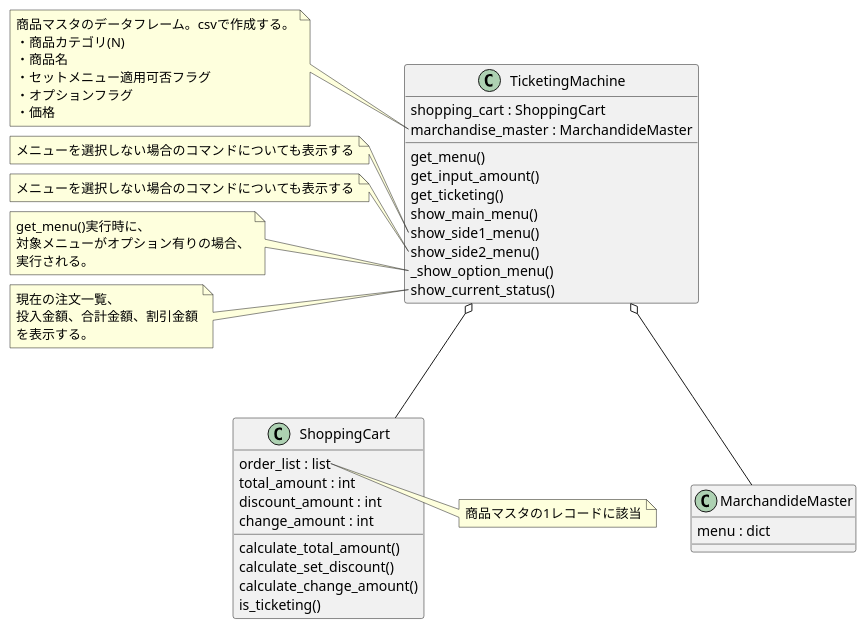
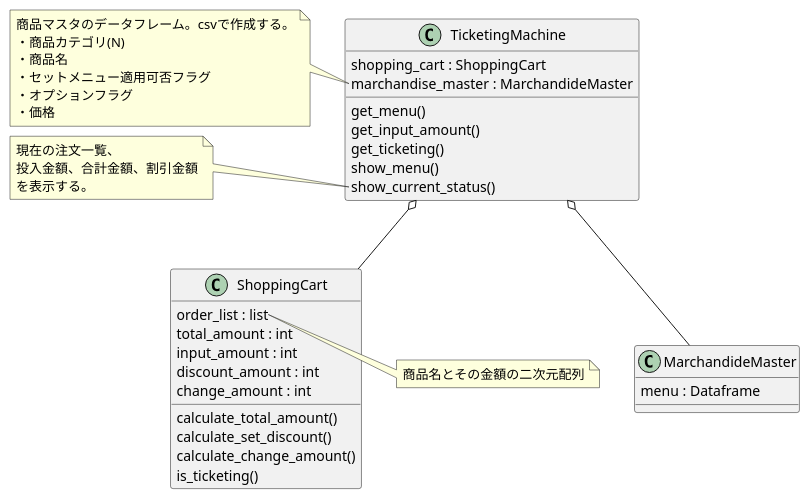
The first of 2 diagrams in AP_H31_Spring_PM03/Suzuki/try1/ticket_machine.md (Design-Practice-Team/design), drawn with PlantUML before and after one commit. The commit also changed other lines of this file and 4 other files, not shown here.

````diff
--- a/AP_H31_Spring_PM03/Suzuki/try1/ticket_machine.md
+++ b/AP_H31_Spring_PM03/Suzuki/try1/ticket_machine.md
@@ -18,68 +18,52 @@
 ```plantuml
 @startuml
 TicketingMachine o-- ShoppingCart
 TicketingMachine o-- MarchandideMaster
 
 class TicketingMachine {
     shopping_cart : ShoppingCart
     marchandise_master : MarchandideMaster
     get_menu()
     get_input_amount()
     get_ticketing()
-    show_main_menu()
-    show_side1_menu()
-    show_side2_menu()
-    _show_option_menu()
+    show_menu()
     show_current_status()
 }
 
 note left of TicketingMachine::marchandise_master
     商品マスタのデータフレーム。csvで作成する。
     ・商品カテゴリ(N)
     ・商品名
     ・セットメニュー適用可否フラグ
     ・オプションフラグ
     ・価格
 endnote
 
-note left of TicketingMachine::show_side1_menu()
-    メニューを選択しない場合のコマンドについても表示する
-endnote
-
-note left of TicketingMachine::show_side2_menu()
-    メニューを選択しない場合のコマンドについても表示する
-endnote
-
-note left of TicketingMachine::_show_option_menu()
-    get_menu()実行時に、
-    対象メニューがオプション有りの場合、
-    実行される。
-endnote
-
 note left of TicketingMachine::show_current_status()
     現在の注文一覧、
     投入金額、合計金額、割引金額
     を表示する。
 endnote
 
 class ShoppingCart {
     order_list : list
     total_amount : int
+    input_amount : int
     discount_amount : int
     change_amount : int
     calculate_total_amount()
     calculate_set_discount()
     calculate_change_amount()
     is_ticketing()
 }
 
 note right of ShoppingCart::order_list
-    商品マスタの1レコードに該当
+    商品名とその金額の二次元配列
 endnote
 
 class MarchandideMaster {
-    menu : dict
+    menu : Dataframe
 }
 
 @enduml
 ```
````
